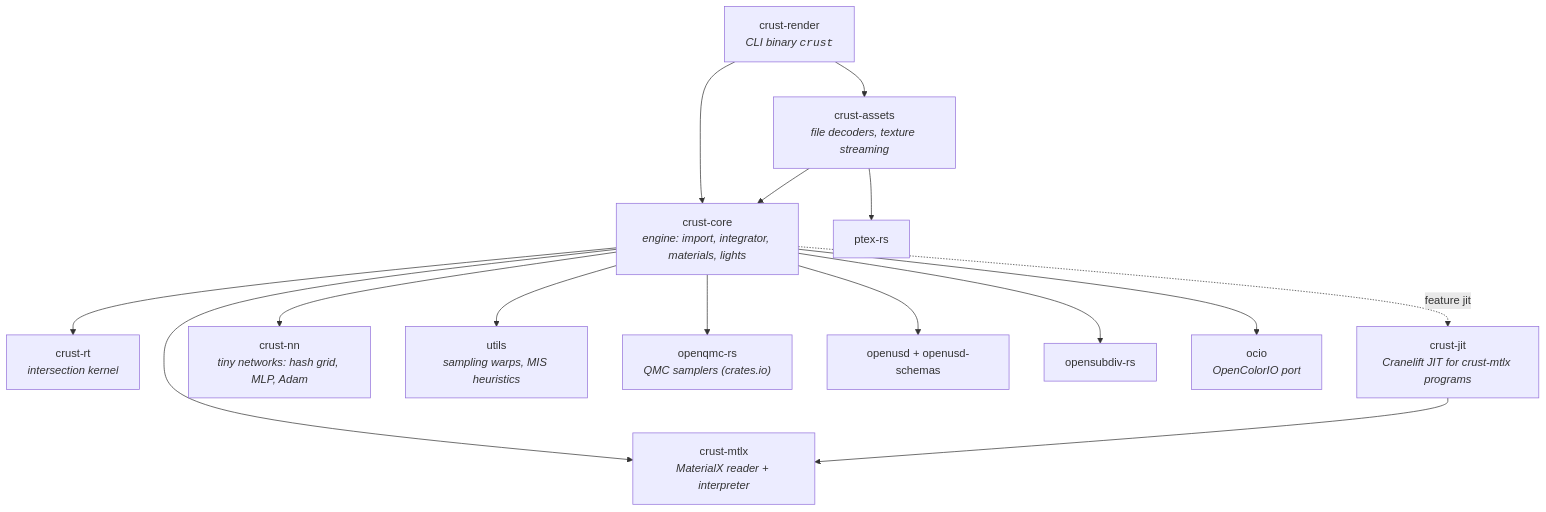
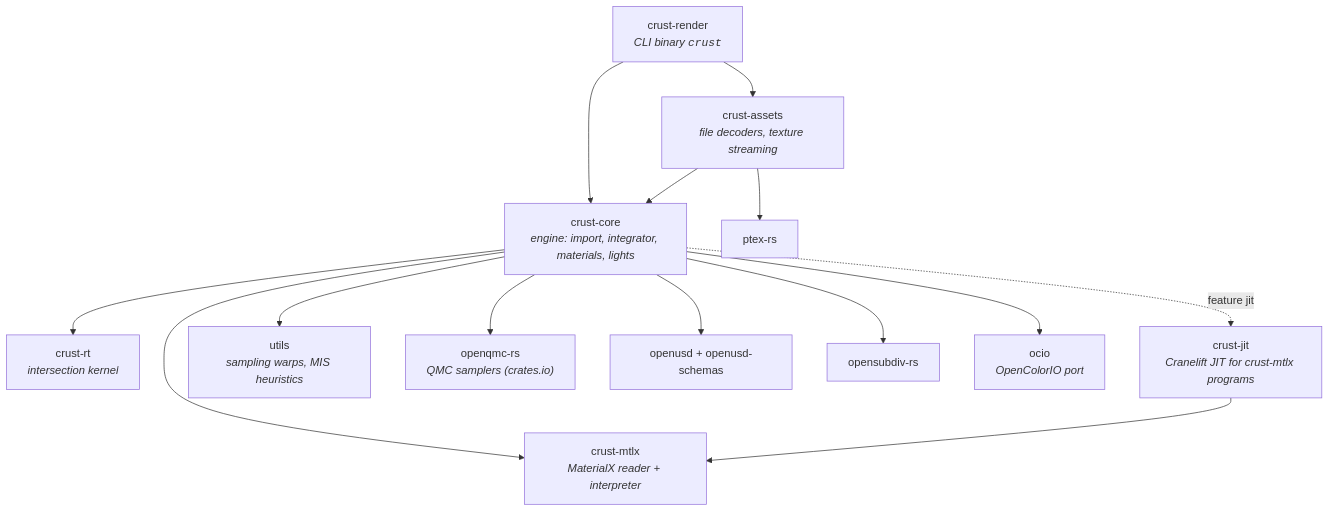
Before and after one commit to doubleailes/crust-render: the diagram in docs/architecture.md, drawn with Mermaid. The commit also changed other lines of this file and 50 other files, not shown here.

````diff
--- a/docs/architecture.md
+++ b/docs/architecture.md
@@ -13,31 +13,29 @@
 ```mermaid
 graph TD
     render["crust-render<br/><i>CLI binary <code>crust</code></i>"]
     assets["crust-assets<br/><i>file decoders, texture streaming</i>"]
     core["crust-core<br/><i>engine: import, integrator, materials, lights</i>"]
     rt["crust-rt<br/><i>intersection kernel</i>"]
     mtlx["crust-mtlx<br/><i>MaterialX reader + interpreter</i>"]
     jit["crust-jit<br/><i>Cranelift JIT for crust-mtlx programs</i>"]
-    nn["crust-nn<br/><i>tiny networks: hash grid, MLP, Adam</i>"]
     utils["utils<br/><i>sampling warps, MIS heuristics</i>"]
     oqmc["openqmc-rs<br/><i>QMC samplers (crates.io)</i>"]
     usd["openusd + openusd-schemas"]
     ptex["ptex-rs"]
     osd["opensubdiv-rs"]
     ocio["ocio<br/><i>OpenColorIO port</i>"]
 
     render --> core
     render --> assets
     assets --> core
     assets --> ptex
     core --> rt
     core --> mtlx
-    core --> nn
     core -. "feature jit" .-> jit
     jit --> mtlx
     core --> utils
     core --> oqmc
     core --> usd
     core --> osd
     core --> ocio
 ```
````
